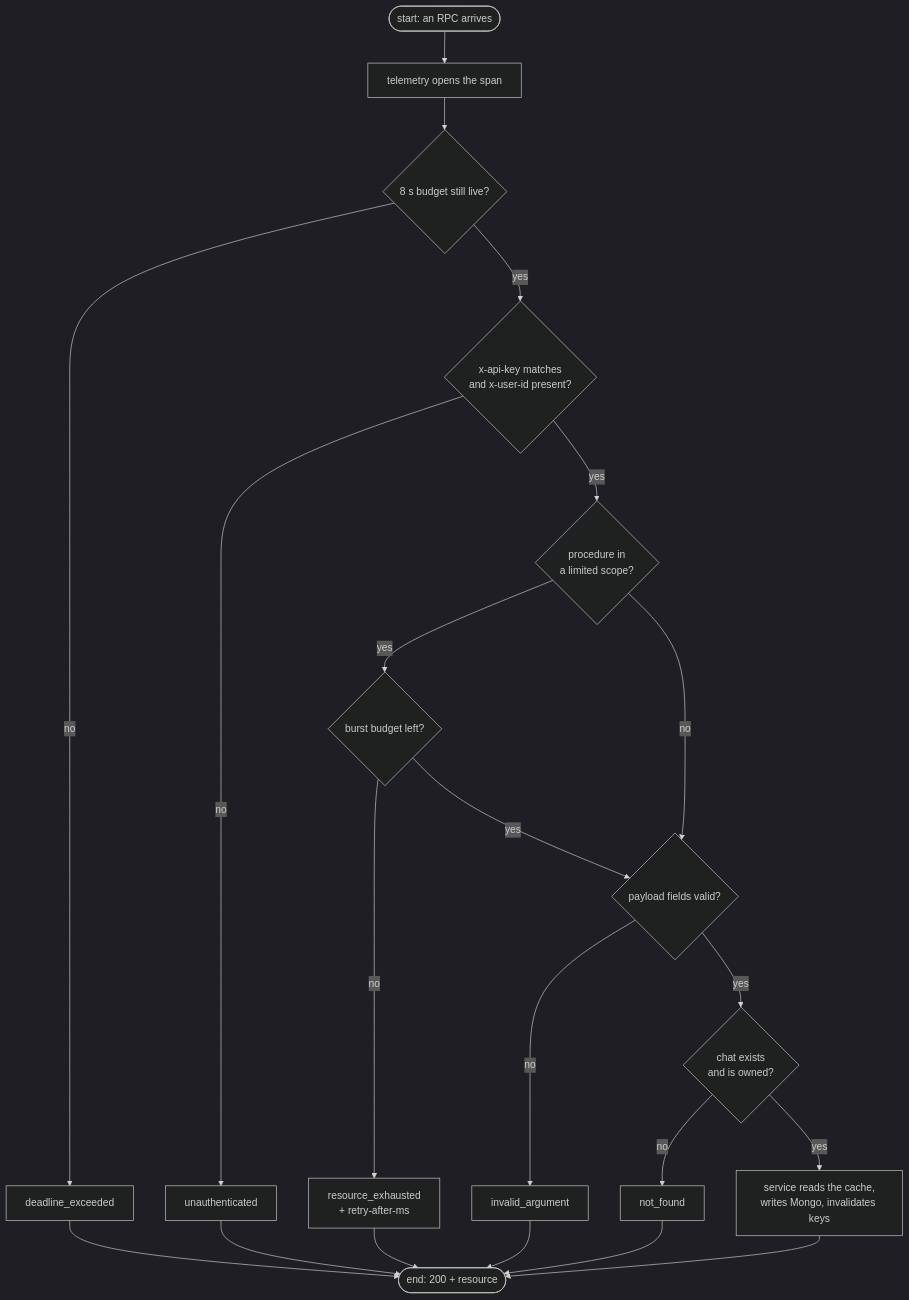
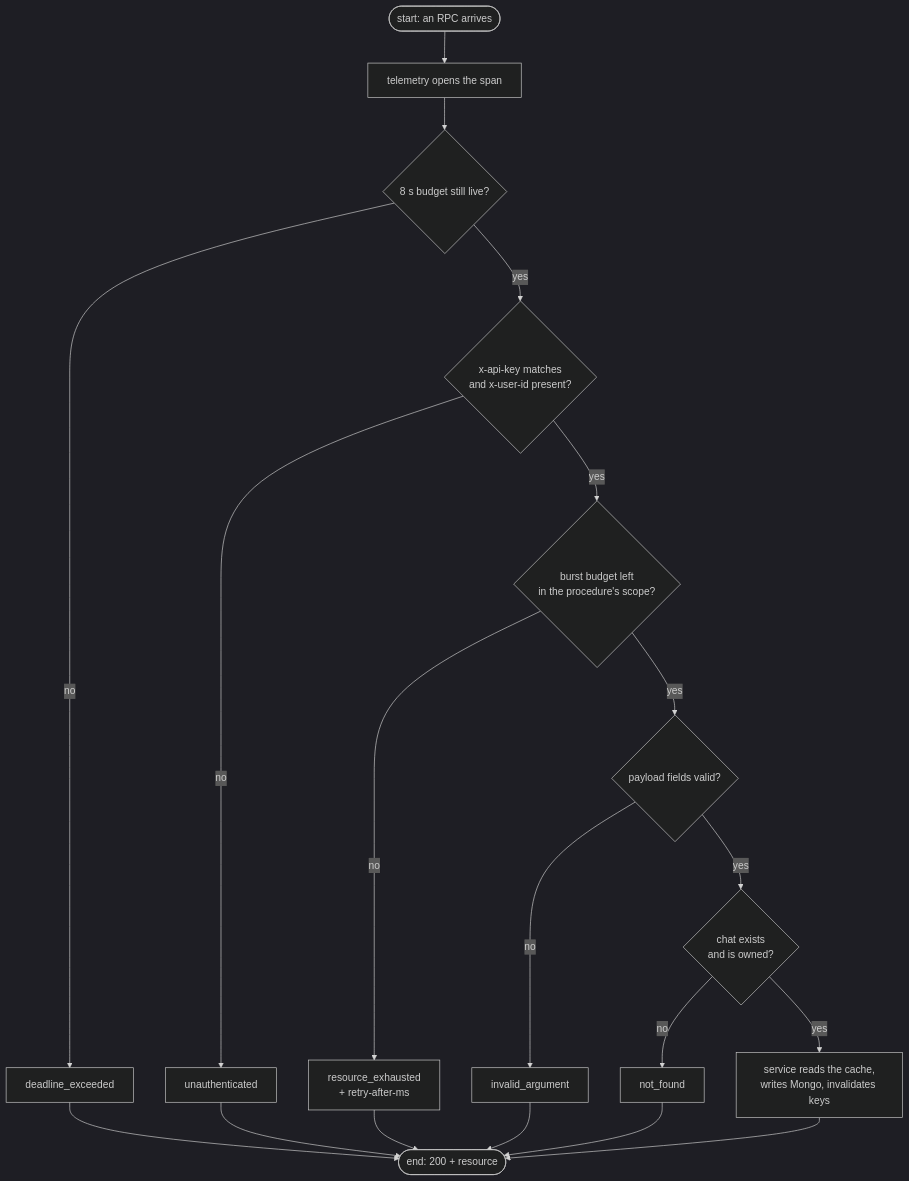
The first of 4 diagrams in services/chats/docs/concepts/request-flow.md (kunalPisolkar24/detectAI), drawn with Mermaid (dark theme) before and after one commit. The commit also changed other lines of this file and 44 other files, not shown here.

````diff
--- a/services/chats/docs/concepts/request-flow.md
+++ b/services/chats/docs/concepts/request-flow.md
@@ -22,22 +22,20 @@
 ```mermaid
 graph TB
     START(["start: an RPC arrives"]) --> SPAN["telemetry opens the span"]
     SPAN --> DEAD{"8 s budget still live?"}
     DEAD -->|"no"| RDEAD["deadline_exceeded"]
     DEAD -->|"yes"| KEY{"x-api-key matches<br/>and x-user-id present?"}
     KEY -->|"no"| RAUTH["unauthenticated"]
-    KEY -->|"yes"| SCOPE{"procedure in<br/>a limited scope?"}
-    SCOPE -->|"yes"| BUDGET{"burst budget left?"}
+    KEY -->|"yes"| BUDGET{"burst budget left<br/>in the procedure's scope?"}
     BUDGET -->|"no"| RRATE["resource_exhausted<br/>+ retry-after-ms"]
     BUDGET -->|"yes"| VALID{"payload fields valid?"}
-    SCOPE -->|"no"| VALID
     VALID -->|"no"| RINV["invalid_argument"]
     VALID -->|"yes"| OWN{"chat exists<br/>and is owned?"}
     OWN -->|"no"| RNF["not_found"]
     OWN -->|"yes"| OK["service reads the cache,<br/>writes Mongo, invalidates keys"] --> END(["end: 200 + resource"])
     RDEAD --> END
     RAUTH --> END
     RRATE --> END
     RINV --> END
     RNF --> END
 ```
````
